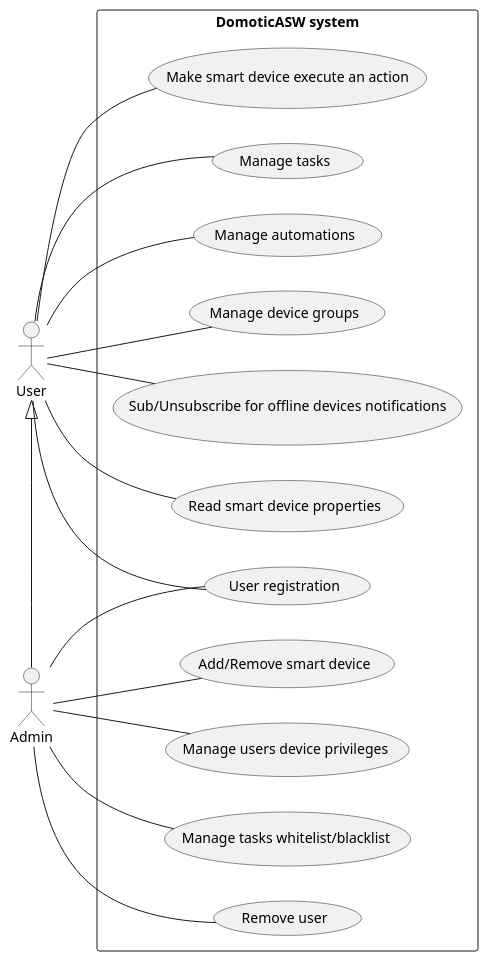
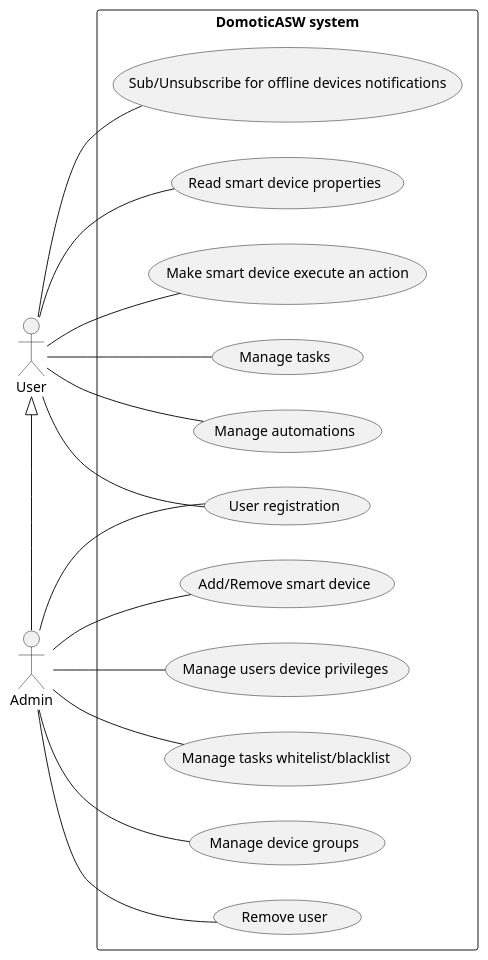
Before and after one commit to DomoticASW/.github: the diagram in diagrams/src/use-case.puml, drawn with PlantUML. The commit also changed 2 other files, not shown here.

Commit message:
changed role for user story

```diff
--- a/diagrams/src/use-case.puml
+++ b/diagrams/src/use-case.puml
@@ -1,26 +1,26 @@
 @startuml use-case
 
 left to right direction
 
 actor User
 actor Admin
 
 Admin -l-|> User
 
 rectangle "DomoticASW system" {
     Admin -- (Add/Remove smart device)
     Admin -- (Manage users device privileges)
     Admin -- (Manage tasks whitelist/blacklist)
     usecase "User registration" as (registration)
     Admin -- (registration)
     User -- (registration)
     Admin -- (Remove user)
+    Admin -- (Manage device groups)
     User -- (Read smart device properties)
     User -- (Make smart device execute an action)
     User -- (Manage tasks)
     User -- (Manage automations)
-    User -- (Manage device groups)
     User -- (Sub/Unsubscribe for offline devices notifications)
 }
 
 @enduml
```
